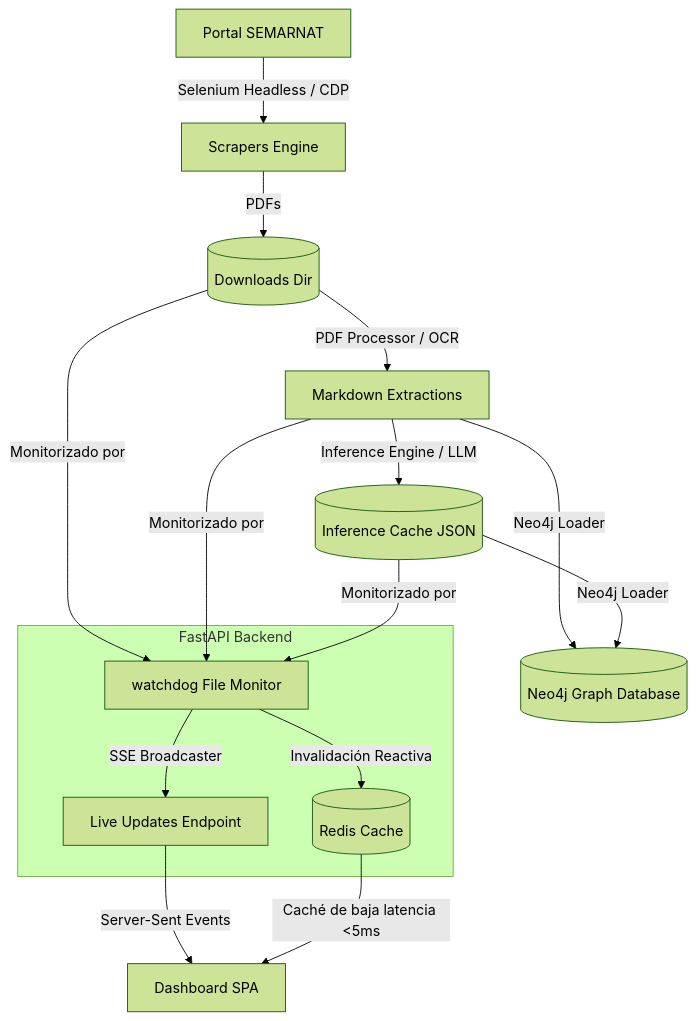
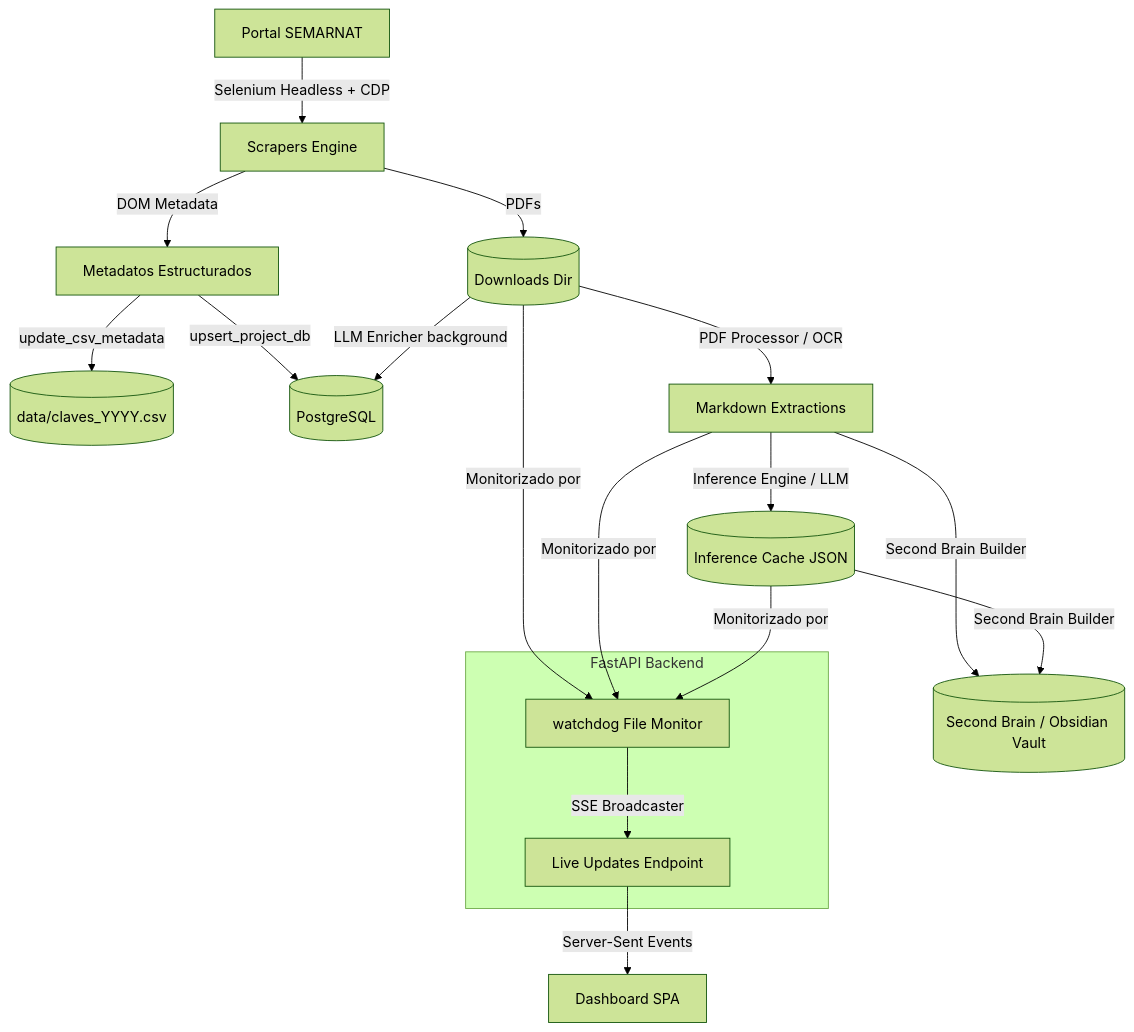
One commit to Gorodev-lab/zohar-v4 changed the diagram in README.md. Above: the diagram before and after it, drawn with Mermaid (forest theme). The commit also changed other lines of this file and 12 other files, not shown here.

First line of the commit message:
feat: cadena de ingesta mejorada — DOM metadata, reintentos automáticos, enriquecimiento LLM background, badges de estado en dashboard

````diff
--- a/README.md
+++ b/README.md
@@ -13,17 +11,19 @@
 ```mermaid
 graph TD
-    A[Portal SEMARNAT] -->|Selenium Headless / CDP| B[Scrapers Engine]
+    A[Portal SEMARNAT] -->|Selenium Headless + CDP| B[Scrapers Engine]
+    B -->|DOM Metadata| M[Metadatos Estructurados]
     B -->|PDFs| C[(Downloads Dir)]
+    M -->|update_csv_metadata| CSV[(data/claves_YYYY.csv)]
+    M -->|upsert_project_db| PG[(PostgreSQL)]
     C -->|PDF Processor / OCR| D[Markdown Extractions]
     D -->|Inference Engine / LLM| E[(Inference Cache JSON)]
-    D & E -->|Neo4j Loader| F[(Neo4j Graph Database)]
-    
+    D & E -->|Second Brain Builder| F[(Second Brain / Obsidian Vault)]
+    C -->|LLM Enricher background| PG
+
     subgraph FastAPI Backend
-        G[watchdog File Monitor] -->|Invalidación Reactiva| H[(Redis Cache)]
-        G -->|SSE Broadcaster| I[Live Updates Endpoint]
+        G[watchdog File Monitor] -->|SSE Broadcaster| I[Live Updates Endpoint]
     end
-    
+
     C & D & E -->|Monitorizado por| G
     I -->|Server-Sent Events| J[Dashboard SPA]
-    H -->|Caché de baja latencia <5ms| J
 ```
````
